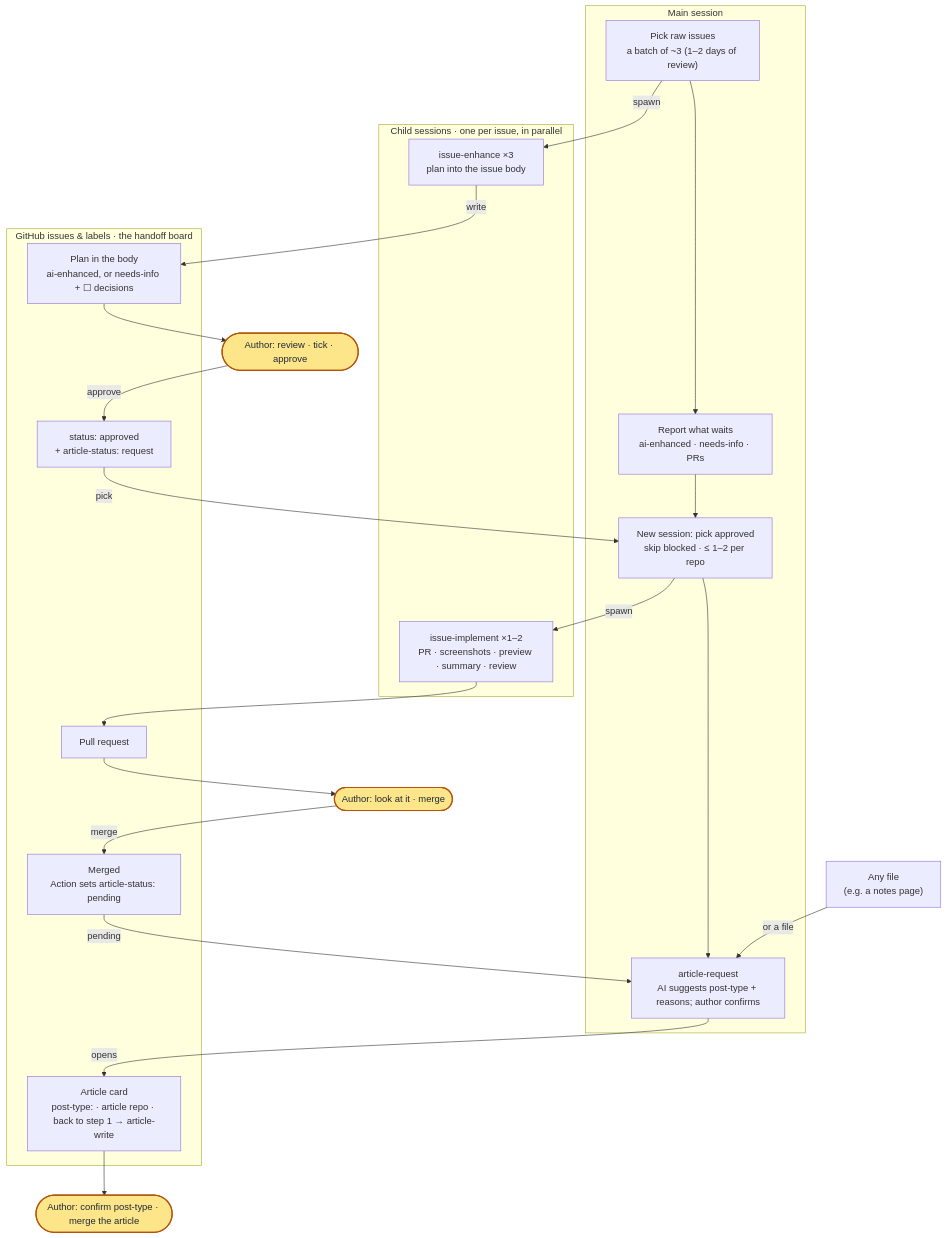
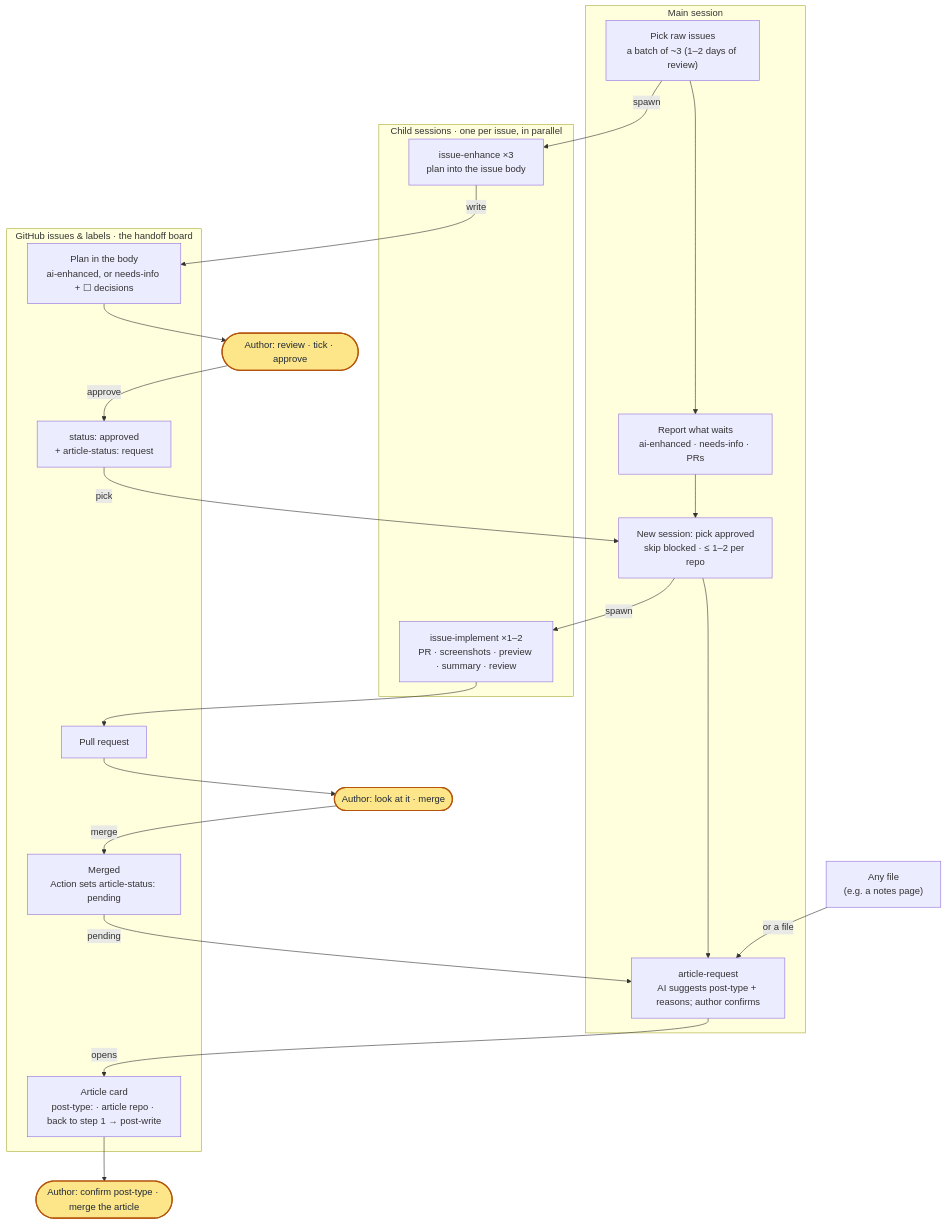
Before and after one commit to sean2249/skills: the second of 2 diagrams in README.md, drawn with Mermaid. The commit also changed other lines of this file and 11 other files, not shown here.

First line of the commit message:
Rename article-write to post-write; add author-edit round and shared kiwi-voice

````diff
--- a/README.md
+++ b/README.md
@@ -120,35 +120,35 @@
 ```mermaid
 flowchart TD
   subgraph MAIN["Main session"]
     M1["Pick raw issues<br/>a batch of ~3 (1–2 days of review)"]
     M2["Report what waits<br/>ai-enhanced · needs-info · PRs"]
     M3["New session: pick approved<br/>skip blocked · ≤ 1–2 per repo"]
     M5["article-request<br/>AI suggests post-type + reasons; author confirms"]
   end
   subgraph CHILD["Child sessions · one per issue, in parallel"]
     C1["issue-enhance ×3<br/>plan into the issue body"]
     C3["issue-implement ×1–2<br/>PR · screenshots · preview · summary · review"]
   end
   subgraph BOARD["GitHub issues & labels · the handoff board"]
     B1["Plan in the body<br/>ai-enhanced, or needs-info + ☐ decisions"]
     B2["status: approved<br/>+ article-status: request"]
     B3["Pull request"]
     B4["Merged<br/>Action sets article-status: pending"]
-    B5["Article card<br/>post-type: · article repo · back to step 1 → article-write"]
+    B5["Article card<br/>post-type: · article repo · back to step 1 → post-write"]
   end
   A2(["Author: review · tick · approve"]):::author
   A4(["Author: look at it · merge"]):::author
   A5(["Author: confirm post-type · merge the article"]):::author
 
   M1 --> M2 --> M3 --> M5
   M1 -->|spawn| C1 -->|write| B1
   B1 --> A2 -->|approve| B2
   B2 -->|pick| M3
   M3 -->|spawn| C3 --> B3
   B3 --> A4 -->|merge| B4
   B4 -->|pending| M5
   X["Any file<br/>(e.g. a notes page)"] -->|or a file| M5
   M5 -->|opens| B5 --> A5
 
   classDef author fill:#fde68a,stroke:#b45309,color:#1f2937,stroke-width:2px
 ```
````
